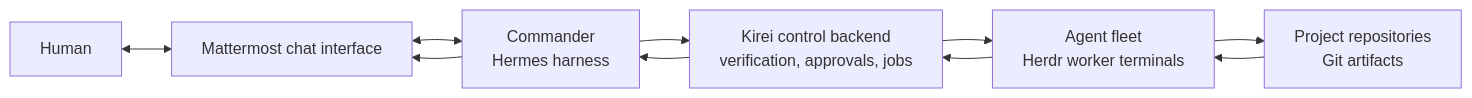
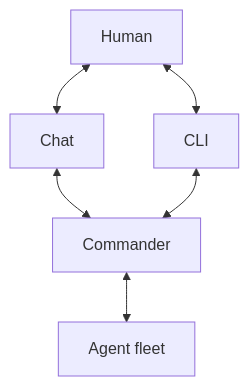
The diagram in README.md (swiknaba/digitaltwin), drawn with Mermaid before and after one commit. The commit also changed other lines of this file, not shown here.

Commit message:
docs: simplify product flow diagram

````diff
--- a/README.md
+++ b/README.md
@@ -16,19 +16,14 @@
 ```mermaid
-flowchart LR
+flowchart TD
   human[Human]
-  chat[Mattermost chat interface]
-  commander[Commander\nHermes harness]
-  control[Kirei control backend\nverification, approvals, jobs]
-  fleet[Agent fleet\nHerdr worker terminals]
-  repos[Project repositories\nGit artifacts]
+  chat[Chat]
+  cli[CLI]
+  commander[Commander]
+  fleet[Agent fleet]
 
   human <--> chat
+  human <--> cli
   chat <--> commander
-  commander --> control
-  control --> fleet
-  fleet --> repos
-  repos --> fleet
-  fleet --> control
-  control --> commander
-  commander --> chat
+  cli <--> commander
+  commander <--> fleet
 ```
````
